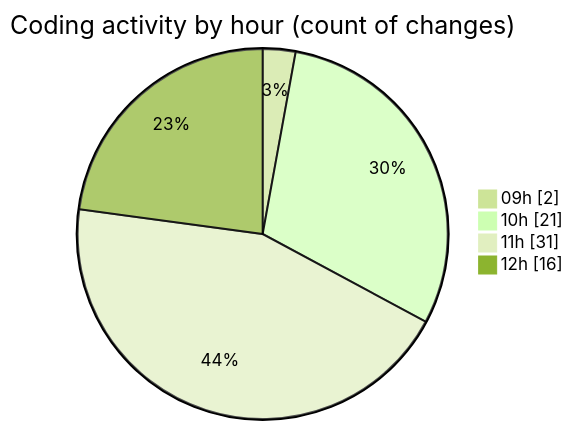
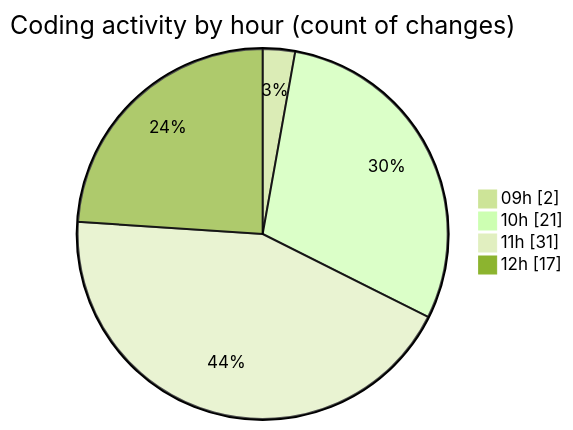
The second of 2 diagrams in 2025-03-27/kml/README.md (LanceThiago/code-tracking), drawn with Mermaid (forest theme) before and after one commit. The commit also changed other lines of this file and 1 other file, not shown here.

````diff
--- a/2025-03-27/kml/README.md
+++ b/2025-03-27/kml/README.md
@@ -40,8 +40,8 @@
 ```mermaid
 pie showData
 title Coding activity by hour (count of changes)
 "09h" : 2
 "10h" : 21
 "11h" : 31
-"12h" : 16
+"12h" : 17
 ```
````
